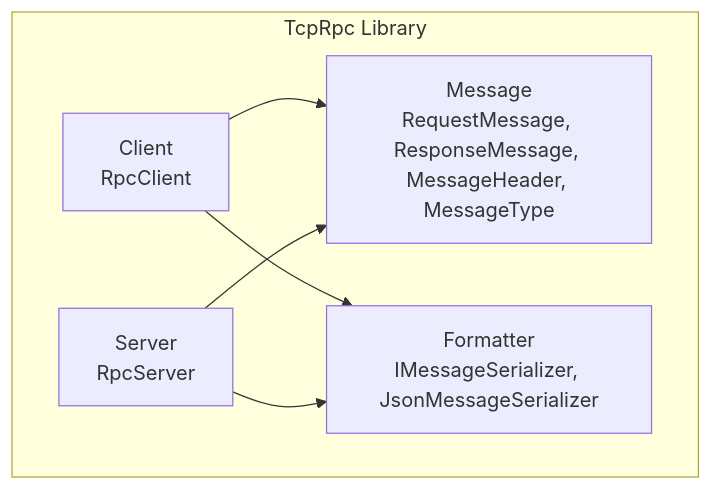
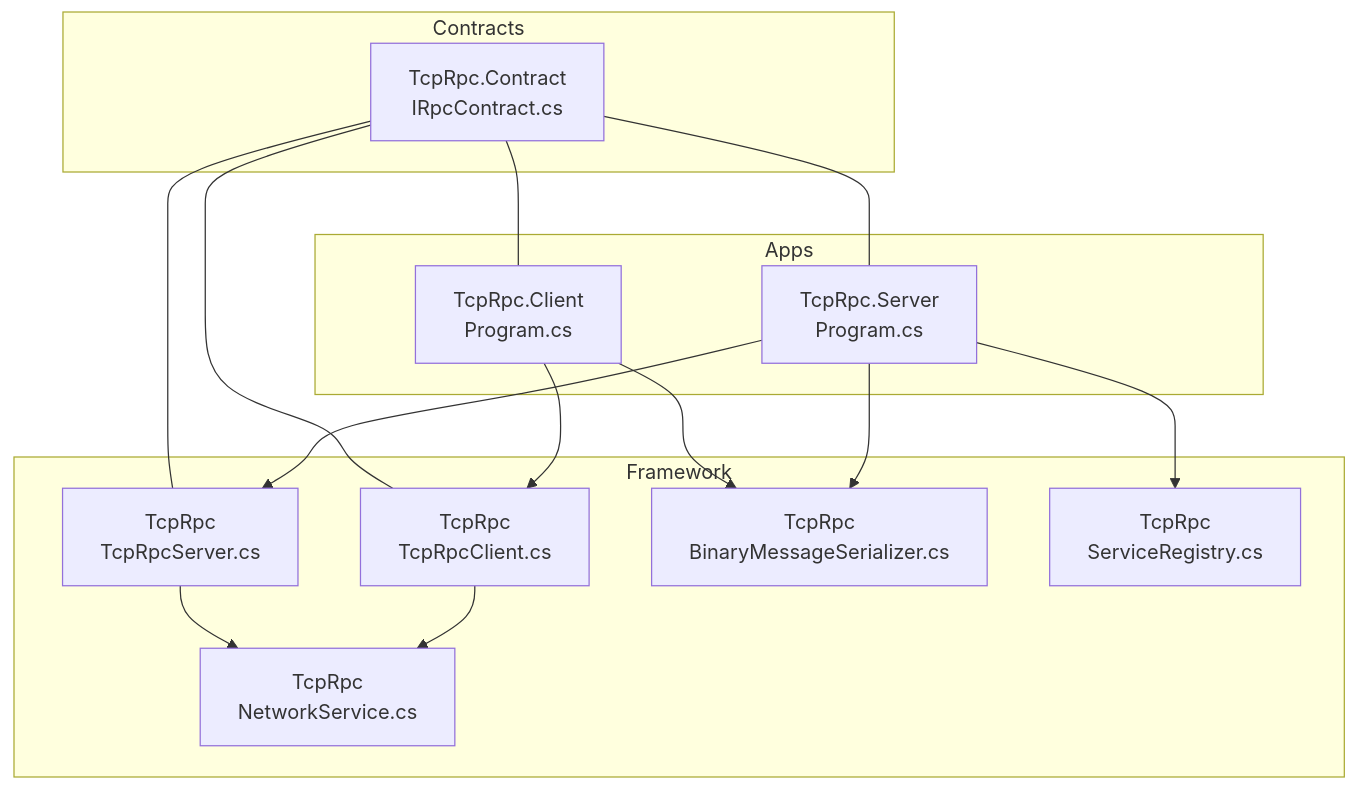
The first of 6 diagrams in .qoder/repowiki/en/content/Getting Started.md (Seamas/TcpRpc.Net), drawn with Mermaid before and after one commit. The commit also changed other lines of this file and 69 other files, not shown here.

````diff
--- a/.qoder/repowiki/en/content/Getting Started.md
+++ b/.qoder/repowiki/en/content/Getting Started.md
@@ -44,13 +44,28 @@
 ```mermaid
 graph TB
-subgraph "TcpRpc Library"
-Client["Client<br/>RpcClient"]
-Server["Server<br/>RpcServer"]
-Message["Message<br/>RequestMessage, ResponseMessage, MessageHeader, MessageType"]
-Formatter["Formatter<br/>IMessageSerializer, JsonMessageSerializer"]
+subgraph "Contracts"
+C1["TcpRpc.Contract<br/>IRpcContract.cs"]
 end
-Client --> Message
-Client --> Formatter
-Server --> Message
-Server --> Formatter
+subgraph "Framework"
+F1["TcpRpc<br/>TcpRpcClient.cs"]
+F2["TcpRpc<br/>TcpRpcServer.cs"]
+F3["TcpRpc<br/>BinaryMessageSerializer.cs"]
+F4["TcpRpc<br/>NetworkService.cs"]
+F5["TcpRpc<br/>ServiceRegistry.cs"]
+end
+subgraph "Apps"
+A1["TcpRpc.Server<br/>Program.cs"]
+A2["TcpRpc.Client<br/>Program.cs"]
+end
+A1 --> F2
+A1 --> F5
+A1 --> F3
+A2 --> F1
+A2 --> F3
+F1 --> F4
+F2 --> F4
+C1 --- F1
+C1 --- F2
+C1 --- A1
+C1 --- A2
 ```
````
